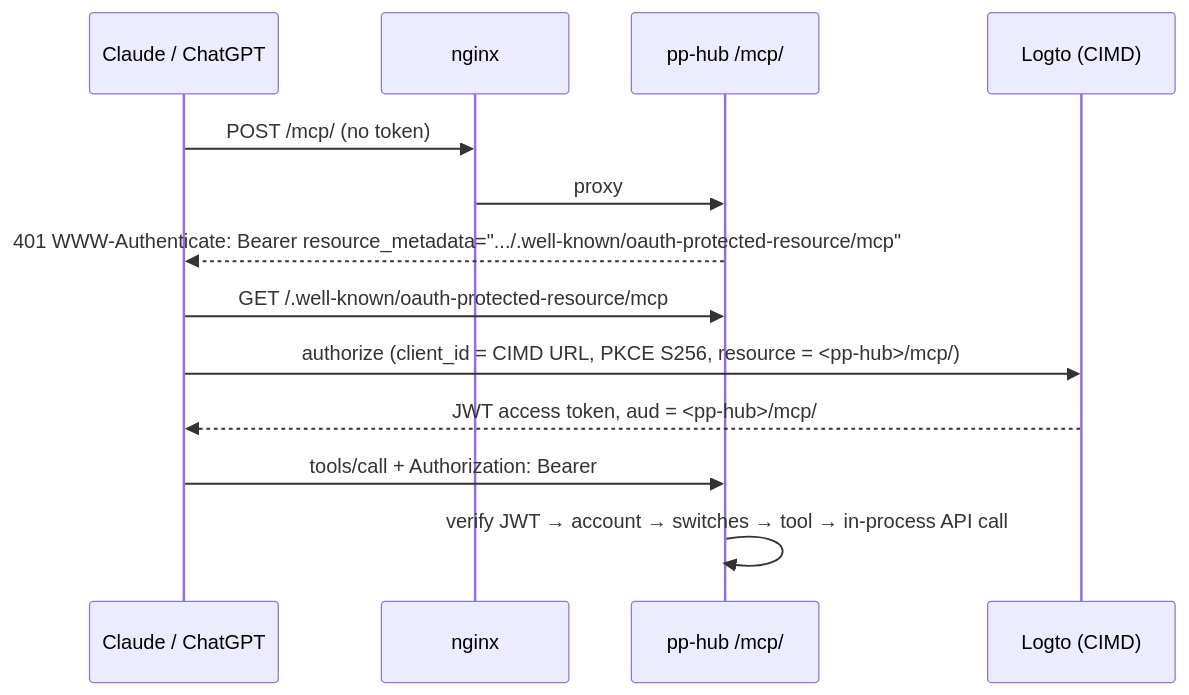
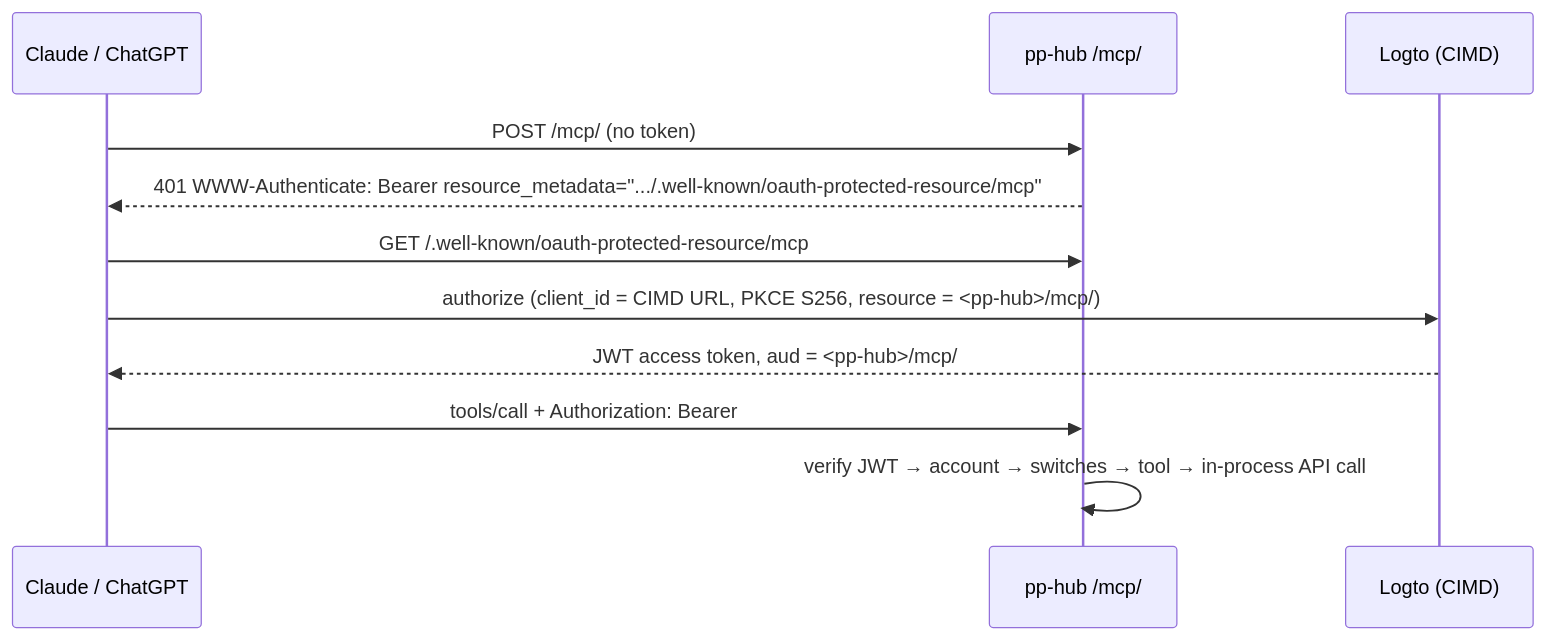
The first of 2 diagrams in docs/architecture/agent-access.md (pp-techs/pp-hub), drawn with Mermaid before and after one commit. The commit also changed 37 other files, not shown here.

````diff
--- a/docs/architecture/agent-access.md
+++ b/docs/architecture/agent-access.md
@@ -68,15 +68,13 @@
 ```mermaid
 sequenceDiagram
   participant C as Claude / ChatGPT
-  participant N as nginx
   participant S as pp-hub /mcp/
   participant L as Logto (CIMD)
-  C->>N: POST /mcp/ (no token)
-  N->>S: proxy
+  C->>S: POST /mcp/ (no token)
   S-->>C: 401 WWW-Authenticate: Bearer resource_metadata=".../.well-known/oauth-protected-resource/mcp"
   C->>S: GET /.well-known/oauth-protected-resource/mcp
   C->>L: authorize (client_id = CIMD URL, PKCE S256, resource = <pp-hub>/mcp/)
   L-->>C: JWT access token, aud = <pp-hub>/mcp/
   C->>S: tools/call + Authorization: Bearer
   S->>S: verify JWT → account → switches → tool → in-process API call
 ```
````
